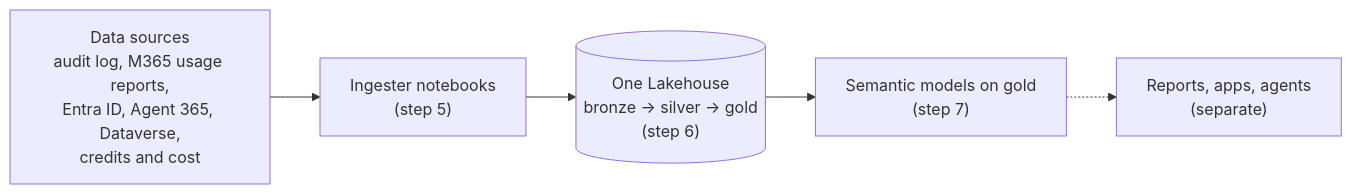
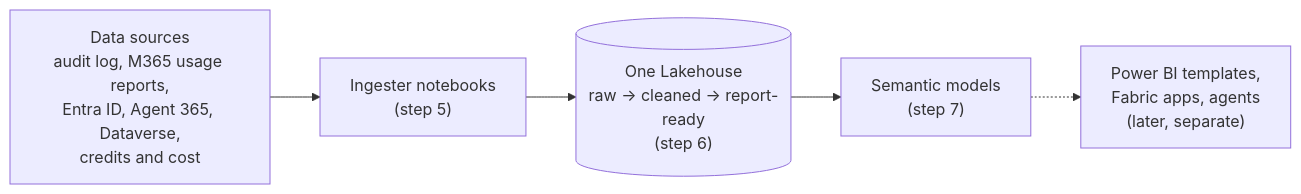
One commit to microsoft/universal-lake changed the diagram in README.md. Above: the diagram before and after it, drawn with Mermaid. The commit also changed other lines of this file, not shown here.

First line of the commit message:
README: widen data sources table, explain layers in plain terms, note Power BI templates and Fabric apps can build on the lake

````diff
--- a/README.md
+++ b/README.md
@@ -15,7 +15,7 @@
 ```mermaid
 flowchart LR
   S["Data sources<br/>audit log, M365 usage reports,<br/>Entra ID, Agent 365, Dataverse,<br/>credits and cost"] --> N["Ingester notebooks<br/>(step 5)"]
-  N --> L[("One Lakehouse<br/>bronze → silver → gold<br/>(step 6)")]
-  L --> M["Semantic models on gold<br/>(step 7)"]
-  M -.-> U["Reports, apps, agents<br/>(separate)"]
+  N --> L[("One Lakehouse<br/>raw → cleaned → report-ready<br/>(step 6)")]
+  L --> M["Semantic models<br/>(step 7)"]
+  M -.-> U["Power BI templates,<br/>Fabric apps, agents<br/>(later, separate)"]
 ```
````
